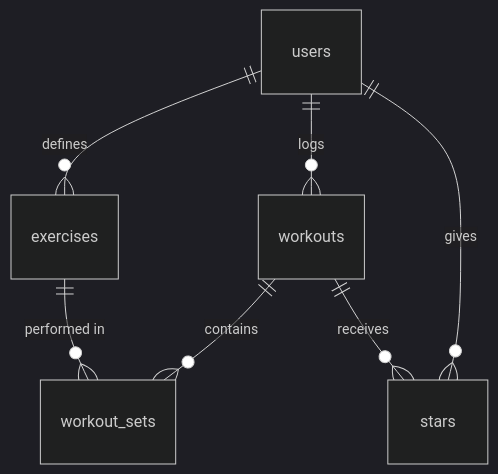
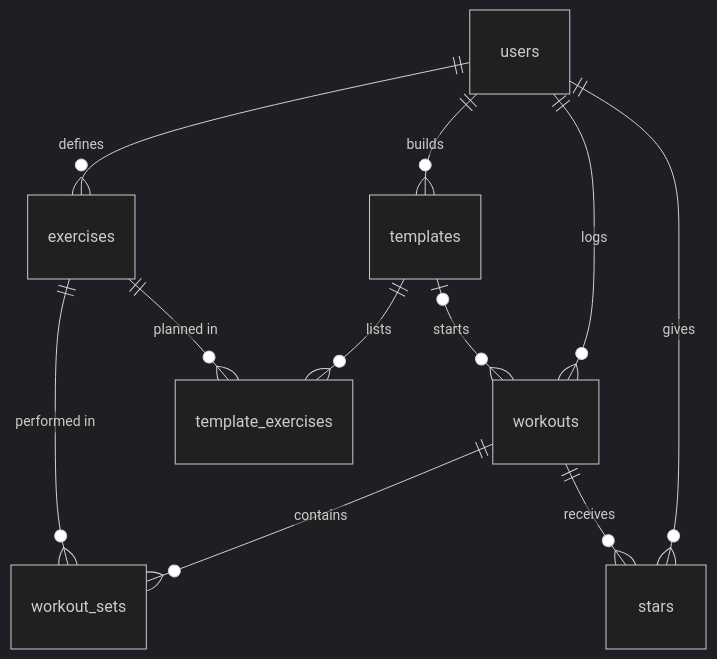
The diagram in schema.md (kureemn/barbook), drawn with Mermaid (dark theme) before and after one commit. The commit also changed other lines of this file and 17 other files, not shown here.

````diff
--- a/schema.md
+++ b/schema.md
@@ -80,9 +110,13 @@
 ```mermaid
 erDiagram
     users ||--o{ exercises : defines
     users ||--o{ workouts : logs
     workouts ||--o{ workout_sets : contains
     exercises ||--o{ workout_sets : "performed in"
     users ||--o{ stars : gives
     workouts ||--o{ stars : receives
+    users ||--o{ templates : builds
+    templates ||--o{ template_exercises : lists
+    exercises ||--o{ template_exercises : "planned in"
+    templates |o--o{ workouts : starts
 ```
````
